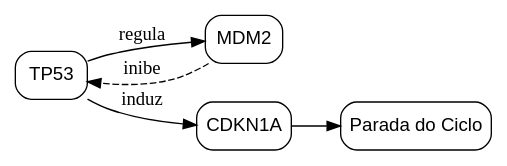
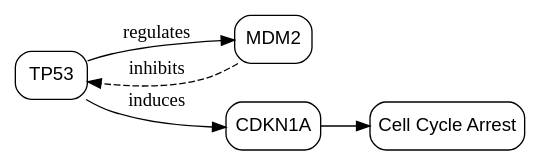
One commit to lumenpink/joaju changed the fifth of 5 diagrams in README.md. Above: the diagram before and after it, drawn with Graphviz. The commit also changed other lines of this file, not shown here.

````diff
--- a/README.md
+++ b/README.md
@@ -296,10 +296,10 @@
 ```graphviz
-digraph RedeGenica {
+digraph GeneNetwork {
     rankdir=LR;
     node [shape=box, style=rounded, fontname="Liberation Sans"];
-    TP53 -> MDM2 [label="regula"];
-    MDM2 -> TP53 [label="inibe", style=dashed];
-    TP53 -> CDKN1A [label="induz"];
-    CDKN1A -> "Parada do Ciclo";
+    TP53 -> MDM2 [label="regulates"];
+    MDM2 -> TP53 [label="inhibits", style=dashed];
+    TP53 -> CDKN1A [label="induces"];
+    CDKN1A -> "Cell Cycle Arrest";
 }
 ```
````
